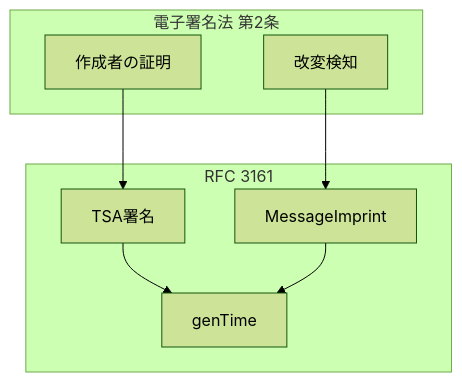
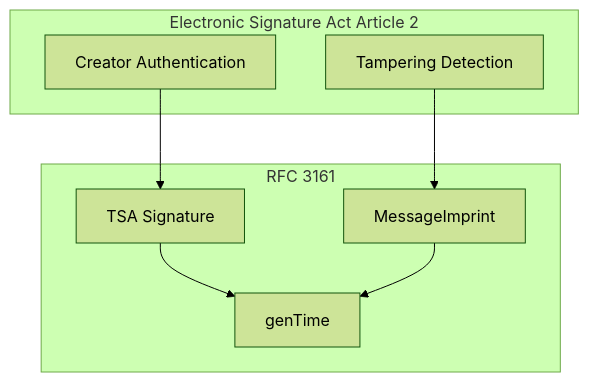
Before and after one commit to shuji-bonji/ai-agent-architecture: the sixth of 10 diagrams in docs/workflows/patterns.md, drawn with Mermaid (forest theme). The commit also changed other lines of this file and 42 other files, not shown here.

````diff
--- a/docs/workflows/patterns.md
+++ b/docs/workflows/patterns.md
@@ -200,18 +202,18 @@
 ```mermaid
 graph TB
-    subgraph 法的要件["電子署名法 第2条"]
-        L1["作成者の証明"]
-        L2["改変検知"]
+    subgraph Legal Requirements["Electronic Signature Act Article 2"]
+        L1["Creator Authentication"]
+        L2["Tampering Detection"]
     end
 
-    subgraph 技術要件["RFC 3161"]
-        T1["TSA署名"]
+    subgraph Technical Requirements["RFC 3161"]
+        T1["TSA Signature"]
         T2["MessageImprint"]
         T3["genTime"]
     end
 
     L1 --> T1
     L2 --> T2
     T1 --> T3
     T2 --> T3
 ```
````
